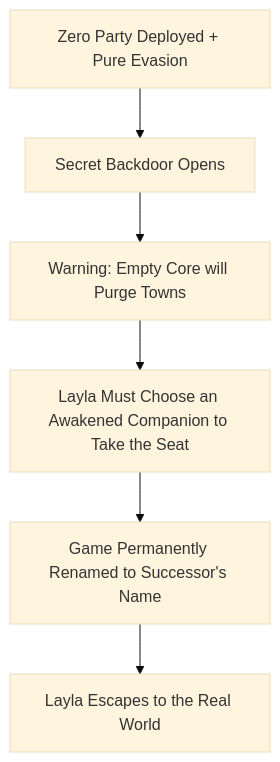
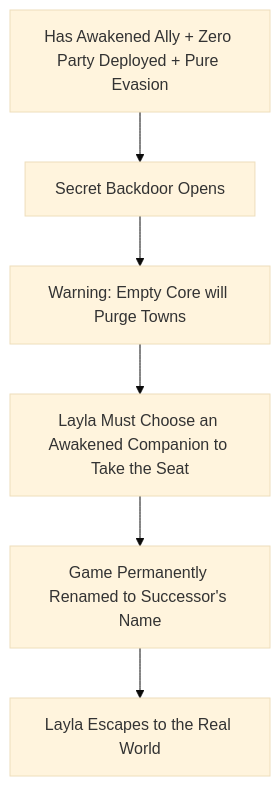
One commit to 9-Trinkets/cinder changed the third of 3 diagrams in docs/layla/floor7_plan.md. Above: the diagram before and after it, drawn with Mermaid (base theme). The commit also changed other lines of this file, not shown here.

Commit message:
docs(layla): require at least one awakened companion for Floor 7 secret escape

````diff
--- a/docs/layla/floor7_plan.md
+++ b/docs/layla/floor7_plan.md
@@ -184,8 +187,8 @@
 ```mermaid
 flowchart TD
-    SecretRun[Zero Party Deployed + Pure Evasion] --> Backdoor[Secret Backdoor Opens]
+    SecretRun[Has Awakened Ally + Zero Party Deployed + Pure Evasion] --> Backdoor[Secret Backdoor Opens]
     Backdoor --> Danger[Warning: Empty Core will Purge Towns]
     Danger --> ChooseSuccessor[Layla Must Choose an Awakened Companion to Take the Seat]
     ChooseSuccessor --> RenameGame[Game Permanently Renamed to Successor's Name]
     RenameGame --> LaylaFree[Layla Escapes to the Real World]
 ```
````
